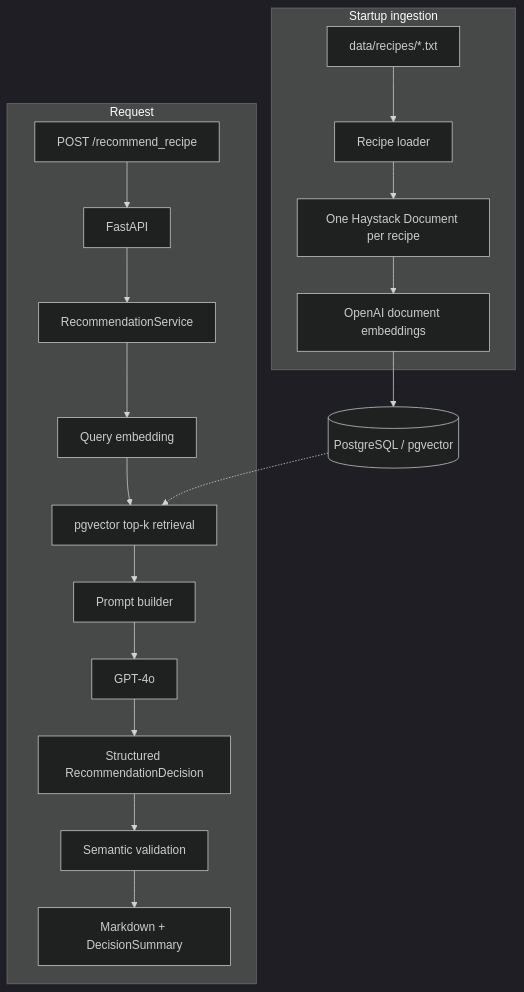
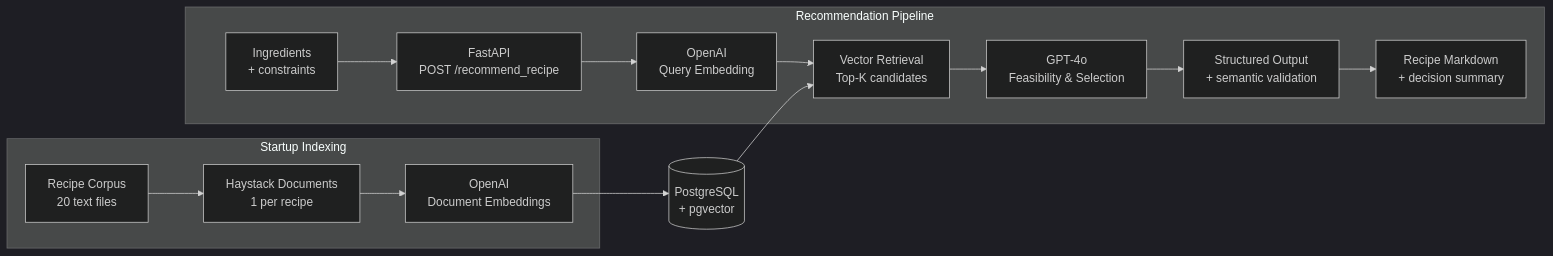
Before and after one commit to anushkajoshi909/whats-for-dinner: the diagram in README.md, drawn with Mermaid (dark theme). The commit also changed other lines of this file, not shown here.

Commit message:
chore: replace architecture diagram with simplified pipeline view

````diff
--- a/README.md
+++ b/README.md
@@ -28,22 +28,28 @@
 ```mermaid
-flowchart TD
-    subgraph ingestion[Startup ingestion]
-        A["data/recipes/*.txt"] --> B[Recipe loader]
-        B --> C["One Haystack Document per recipe"]
-        C --> D[OpenAI document embeddings]
+flowchart LR
+
+    subgraph INDEX["Startup Indexing"]
+        R["Recipe Corpus<br/>20 text files"]
+        D["Haystack Documents<br/>1 per recipe"]
+        E1["OpenAI<br/>Document Embeddings"]
+        R --> D --> E1
     end
-    D --> PG[("PostgreSQL / pgvector")]
 
-    subgraph request[Request]
-        E["POST /recommend_recipe"] --> F[FastAPI]
-        F --> G[RecommendationService]
-        G --> H[Query embedding]
-        H --> I[pgvector top-k retrieval]
-        I --> J[Prompt builder]
-        J --> K[GPT-4o]
-        K --> L[Structured RecommendationDecision]
-        L --> M[Semantic validation]
-        M --> N["Markdown + DecisionSummary"]
+    PG[("PostgreSQL<br/>+ pgvector")]
+
+    subgraph REQUEST["Recommendation Pipeline"]
+        U["Ingredients<br/>+ constraints"]
+        API["FastAPI<br/>POST /recommend_recipe"]
+        E2["OpenAI<br/>Query Embedding"]
+        RET["Vector Retrieval<br/>Top-K candidates"]
+        GPT["GPT-4o<br/>Feasibility & Selection"]
+        V["Structured Output<br/>+ semantic validation"]
+        RES["Recipe Markdown<br/>+ decision summary"]
+
+        U --> API --> E2 --> RET
+        RET --> GPT --> V --> RES
     end
-    PG -.-> I
+
+    E1 --> PG
+    PG --> RET
 ```
````
